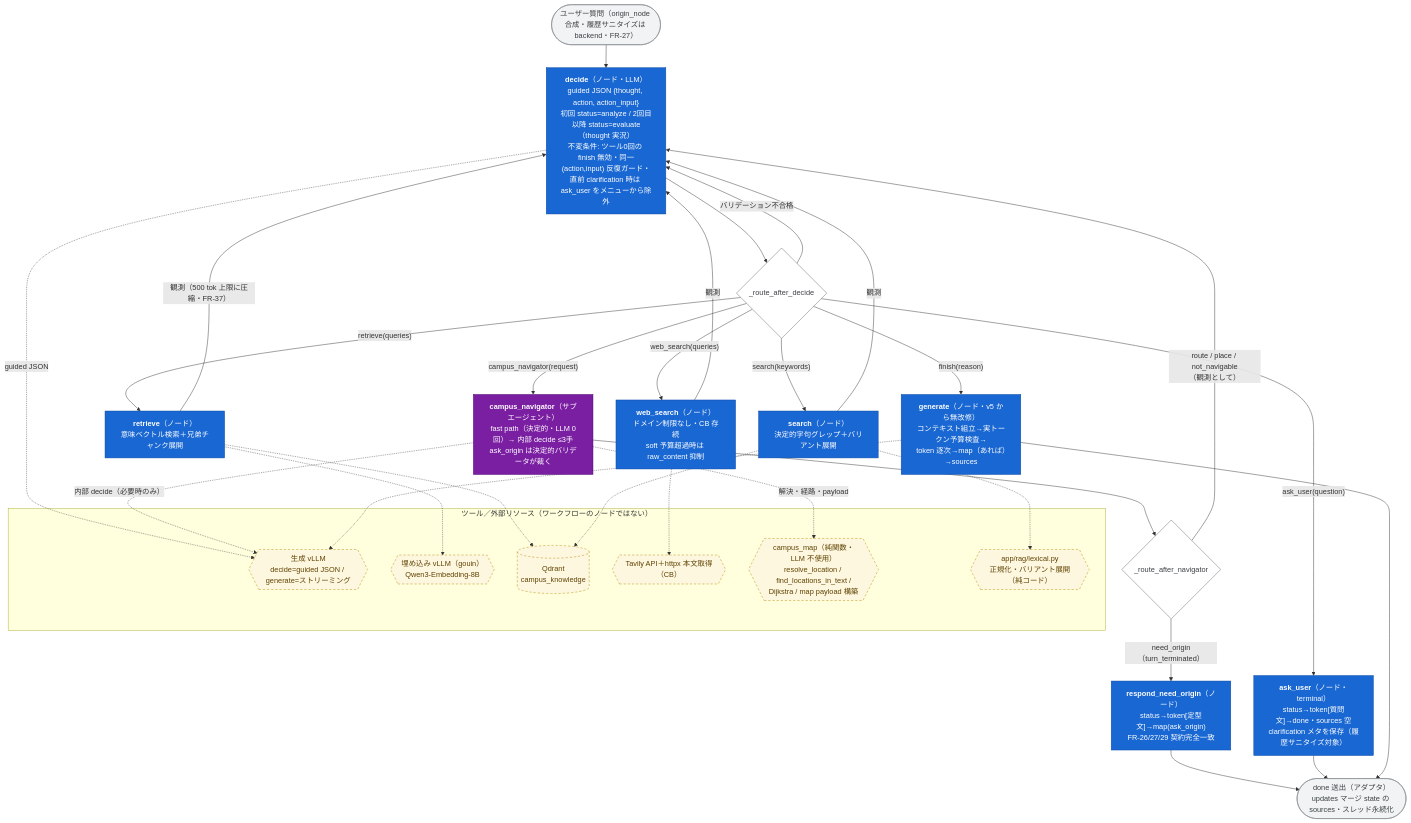
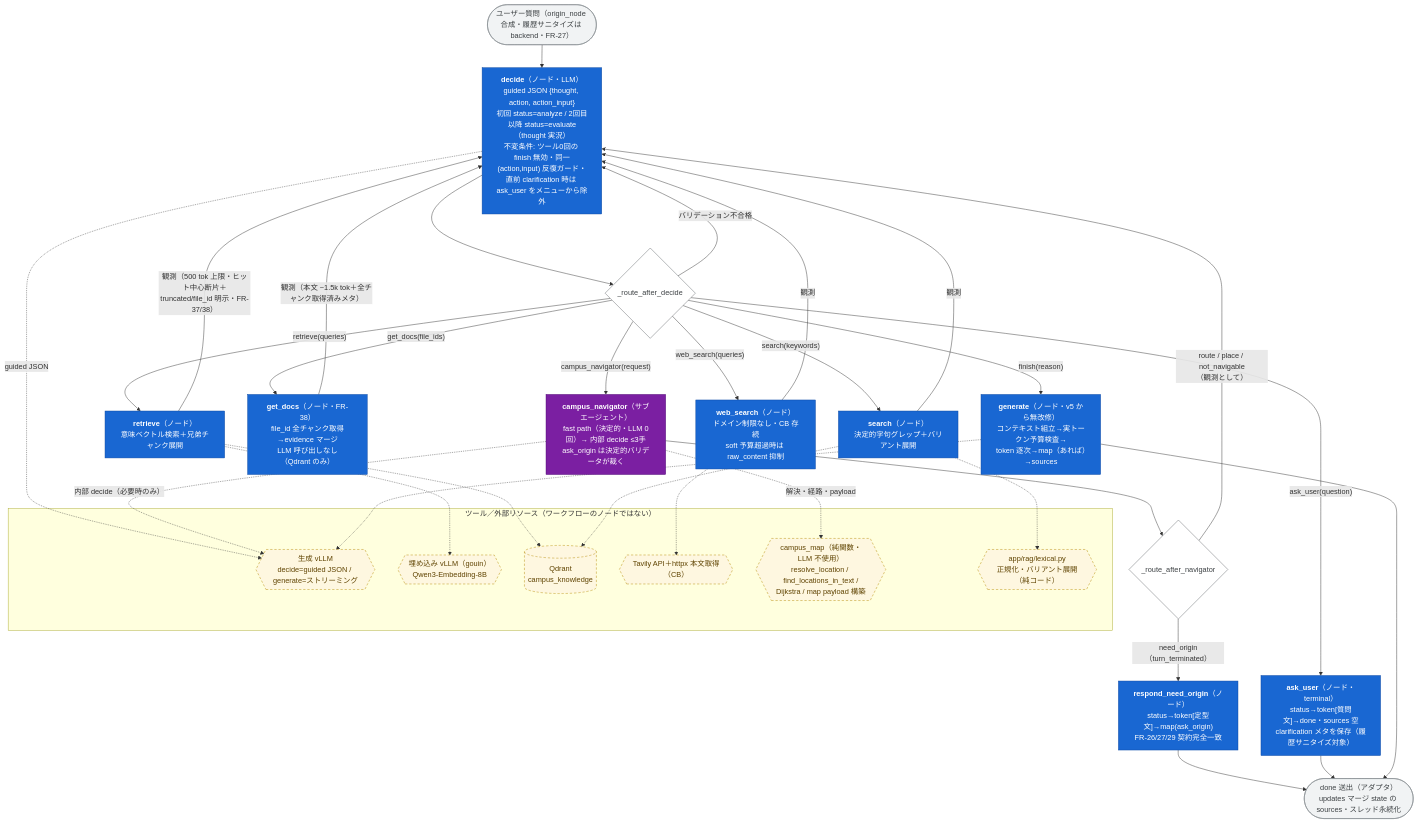
One commit to TakaJun02/sarutahiko changed the second of 3 diagrams in docs/AGENT_ARCHITECTURE.md. Above: the diagram before and after it, drawn with Mermaid. The commit also changed other lines of this file and 3 other files, not shown here.

````diff
--- a/docs/AGENT_ARCHITECTURE.md
+++ b/docs/AGENT_ARCHITECTURE.md
@@ -63,51 +63,53 @@
 ```mermaid
 flowchart TD
     Q(["ユーザー質問（origin_node 合成・履歴サニタイズは backend・FR-27）"]):::orch --> DE
 
     DE["<b>decide</b>（ノード・LLM）<br/>guided JSON {thought, action, action_input}<br/>初回 status=analyze / 2回目以降 status=evaluate（thought 実況）<br/>不変条件: ツール0回の finish 無効・同一(action,input) 反復ガード・<br/>直前 clarification 時は ask_user をメニューから除外"]:::wfnode
 
     DE --> RD{"_route_after_decide"}:::router
     RD -->|"retrieve(queries)"| RT["<b>retrieve</b>（ノード）<br/>意味ベクトル検索＋兄弟チャンク展開"]:::wfnode
     RD -->|"search(keywords)"| SE["<b>search</b>（ノード）<br/>決定的字句グレップ＋バリアント展開"]:::wfnode
+    RD -->|"get_docs(file_ids)"| GD["<b>get_docs</b>（ノード・FR-38）<br/>file_id 全チャンク取得→evidence マージ<br/>LLM 呼び出しなし（Qdrant のみ）"]:::wfnode
     RD -->|"web_search(queries)"| WS["<b>web_search</b>（ノード）<br/>ドメイン制限なし・CB 存続<br/>soft 予算超過時は raw_content 抑制"]:::wfnode
     RD -->|"campus_navigator(request)"| NV["<b>campus_navigator</b>（サブエージェント）<br/>fast path（決定的・LLM 0回）→ 内部 decide ≤3手<br/>ask_origin は決定的バリデータが裁く"]:::subag
     RD -->|"バリデーション不合格"| DE
 
-    RT -->|"観測（500 tok 上限に圧縮・FR-37）"| DE
+    RT -->|"観測（500 tok 上限・ヒット中心断片＋truncated/file_id 明示・FR-37/38）"| DE
     SE -->|"観測"| DE
+    GD -->|"観測（本文 ~1.5k tok＋全チャンク取得済みメタ）"| DE
     WS -->|"観測"| DE
     NV --> RN{"_route_after_navigator"}:::router
     RN -->|"route / place / not_navigable<br/>（観測として）"| DE
     RN -->|"need_origin（turn_terminated）"| AO["<b>respond_need_origin</b>（ノード）<br/>status→token[定型文]→map(ask_origin)<br/>FR-26/27/29 契約完全一致"]:::wfnode
     AO --> DONE
 
     RD -->|"ask_user(question)"| AU["<b>ask_user</b>（ノード・terminal）<br/>status→token[質問文]→done・sources 空<br/>clarification メタを保存（履歴サニタイズ対象）"]:::wfnode
     AU --> DONE
     RD -->|"finish(reason)"| GE["<b>generate</b>（ノード・v5 から無改修）<br/>コンテキスト組立→実トークン予算検査→<br/>token 逐次→map（あれば）→sources"]:::wfnode
     GE --> DONE(["done 送出（アダプタ）<br/>updates マージ state の sources・スレッド永続化"]):::orch
 
     subgraph TOOLS["ツール／外部リソース（ワークフローのノードではない）"]
         VLLM{{"生成 vLLM<br/>decide=guided JSON / generate=ストリーミング"}}:::tool
         EMB{{"埋め込み vLLM（gouin）<br/>Qwen3-Embedding-8B"}}:::tool
         QD[("Qdrant<br/>campus_knowledge")]:::tool
         TAV{{"Tavily API＋httpx 本文取得（CB）"}}:::tool
         CM{{"campus_map（純関数・LLM 不使用）<br/>resolve_location / find_locations_in_text /<br/>Dijkstra / map payload 構築"}}:::tool
         LEX{{"app/rag/lexical.py<br/>正規化・バリアント展開（純コード）"}}:::tool
     end
 
     DE -.->|"guided JSON"| VLLM
     RT -.-> EMB
     RT -.-> QD
     SE -.-> QD
     SE -.-> LEX
     WS -.-> TAV
     NV -.->|"内部 decide（必要時のみ）"| VLLM
     NV -.->|"解決・経路・payload"| CM
     GE -.-> VLLM
 
     classDef wfnode fill:#1967d2,stroke:#0b47a1,color:#ffffff
     classDef subag fill:#7b1fa2,stroke:#4a0072,color:#ffffff
     classDef tool fill:#fef7e0,stroke:#b58800,color:#5f4300,stroke-dasharray: 5 4
     classDef orch fill:#f1f3f4,stroke:#80868b,color:#3c4043
     classDef router fill:#ffffff,stroke:#5f6368,color:#3c4043
 ```
````
